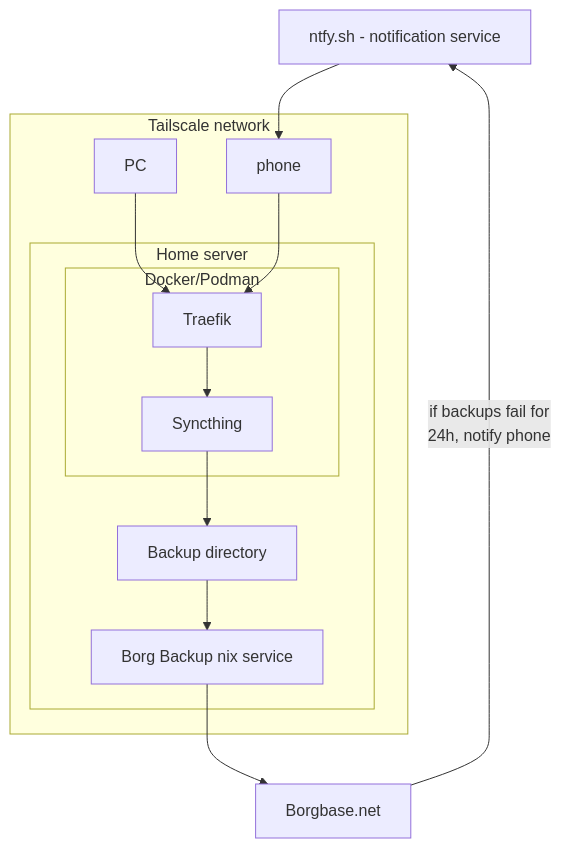
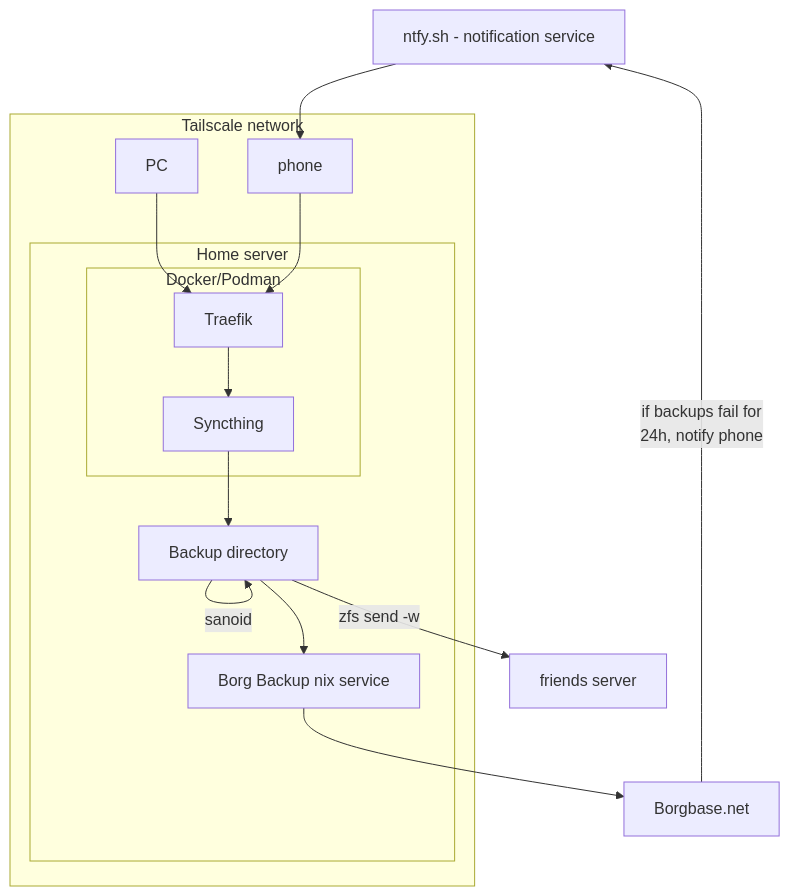
The diagram in src/backups_portable.md (only1thor/tl-dr.no), drawn with Mermaid before and after one commit. The commit also changed other lines of this file, not shown here.

Commit message:
zfs notes

````diff
--- a/src/backups_portable.md
+++ b/src/backups_portable.md
@@ -3,26 +3,29 @@
 ```mermaid
 graph TD;
     Ntfy["ntfy.sh - notification service"]
     subgraph Tailscale network
         A[PC]     --> T
         C[phone]  --> T
         subgraph Home server
             subgraph Docker/Podman
                 T[Traefik]  --> N[Syncthing]
             end
             B[Borg Backup nix service]
             N --> Bkp[Backup directory]
             Bkp --> B
         end
     end
+    F[friends server]
     B --> R[Borgbase.net]
     R --if backups fail for
         24h, notify phone--> Ntfy
     Ntfy --> C
+    Bkp --zfs send -w--> F
+    Bkp --sanoid--> Bkp
     
     click Ntfy "https://ntfy.sh"
     click R "https://borgbase.com"
     click T "https://traefik.io"
     click B "https://nixos.org/manual/nixos/stable/#module-borgbase"
     click N "https://syncthing.net"
 ```
````
